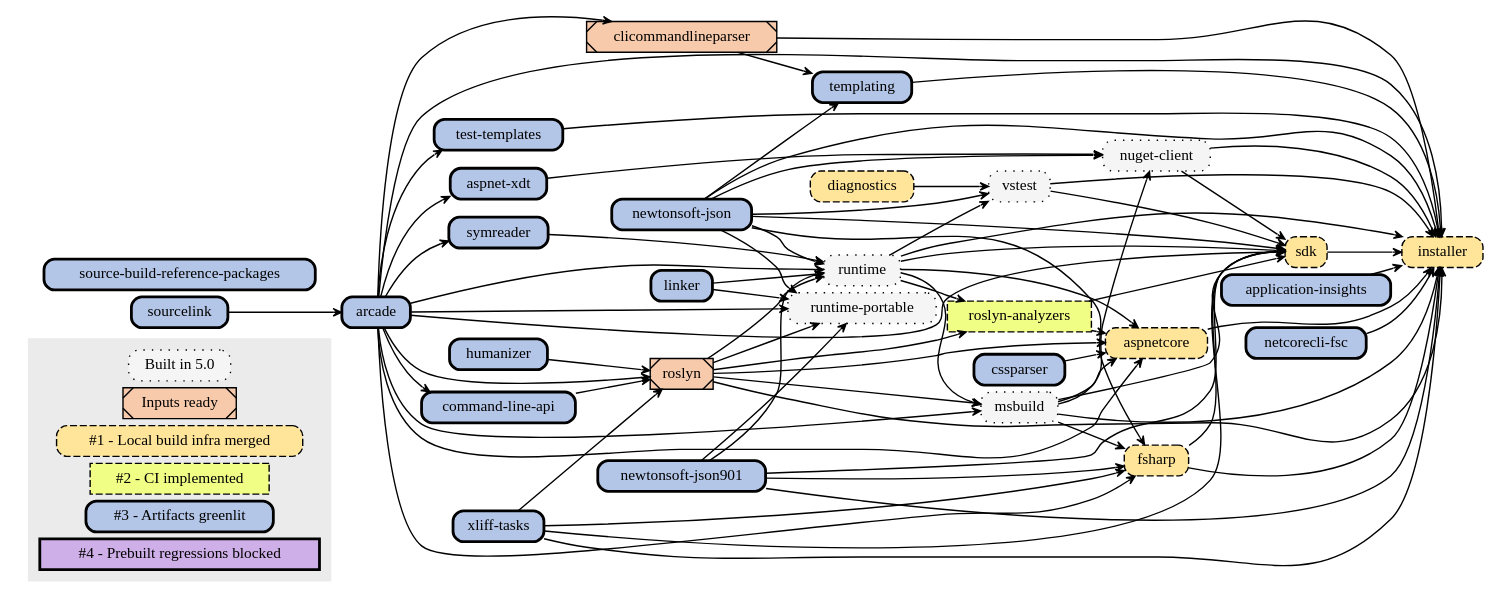
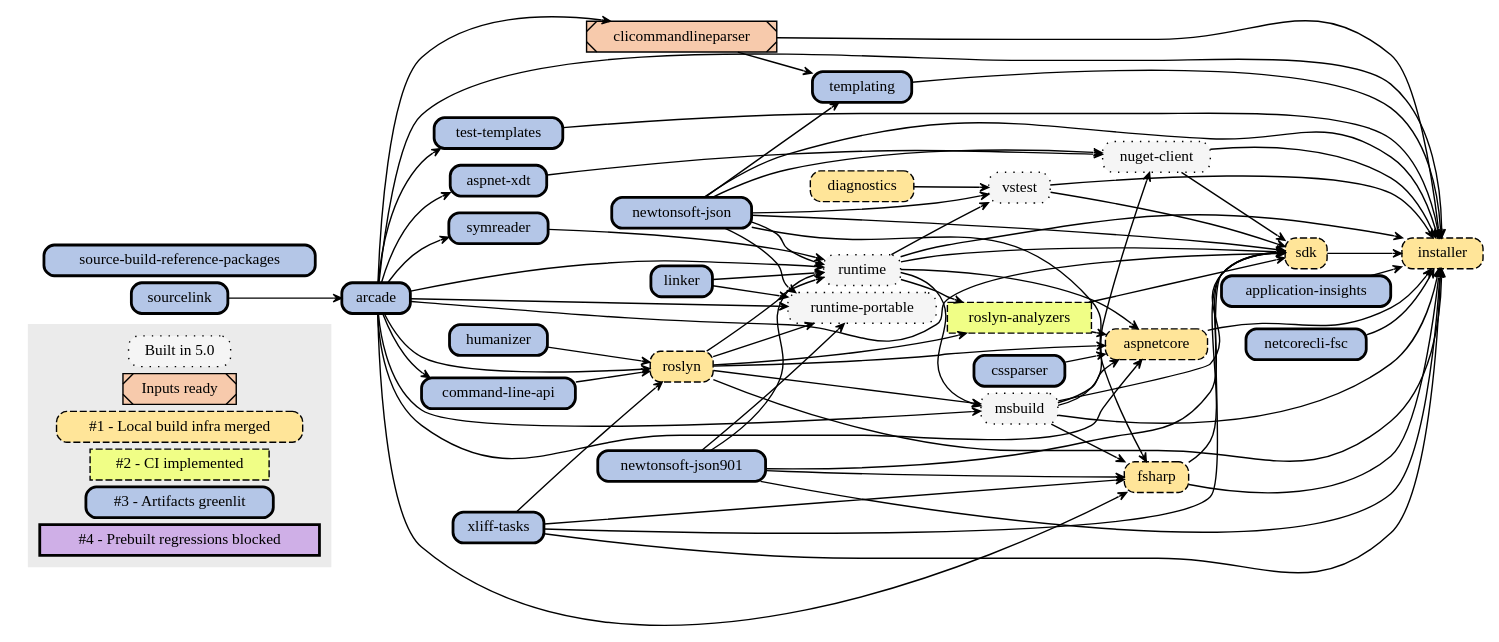
One commit to dotnet/source-build changed the diagram in Documentation/planning/arcade-powered-source-build/img/implementation-plan-graph.dot. Above: the diagram before and after it, drawn with Graphviz. The commit also changed other lines of this file, not shown here.

```diff
--- a/Documentation/planning/arcade-powered-source-build/img/implementation-plan-graph.dot
+++ b/Documentation/planning/arcade-powered-source-build/img/implementation-plan-graph.dot
@@ -1,148 +1,148 @@
 // dot.exe implementation-plan-graph.dot -Tsvg -o implementation-plan-graph.svg
 
 digraph {
 node[
   shape=rect
   width=0 height=0 margin=0.07
   style=filled
   fontsize=11]
 edge[
   penwidth=1
   arrowsize=0.6
   arrowhead=vee
   pencolor="#444444"]
 rankdir=LR
 nodesep=0.07
 ranksep=0.08
 
 node [fillcolor="#F5F5F5",style="dotted,filled,rounded",tooltip="Built"]
 "pre0"[label="Built in 5.0"]
 "msbuild"
 "nuget-client"
 "runtime-portable"
 "runtime"
 "vstest"
 
 node [fillcolor="#F7CAAC",style="filled,diagonals",tooltip="Inputs ready"]
 "pre1"[label="Inputs ready"]
-"roslyn"
 "clicommandlineparser"
 
 
 node [fillcolor="#FFE599",style="dashed,filled,rounded",tooltip="1"]
 "s1"[label="#1 - Local build infra merged"]
 "aspnetcore"
 "diagnostics"
 "fsharp"
 "installer"
+"roslyn"
 "sdk"
 
 node [fillcolor="#F0FE86",style="dashed,filled",tooltip="2"]
 "s2"[label="#2 - CI implemented"]
 "roslyn-analyzers"
 
 node [fillcolor="#B4C6E7",style="bold,filled,rounded",tooltip="3"]
 "s3"[label="#3 - Artifacts greenlit"]
 "application-insights"
 "arcade"
 "aspnet-xdt"
 "command-line-api"
 "cssparser"
 "humanizer"
 "linker"
 "netcorecli-fsc"
 "newtonsoft-json"
 "newtonsoft-json901"
 "source-build-reference-packages"
 "sourcelink"
 "symreader"
 "templating"
 "test-templates"
 "xliff-tasks"
 
 node [fillcolor="#CFAFE7",style="bold,filled",tooltip="4"]
 "s4"[label="#4 - Prebuilt regressions blocked"]
 
 // Color all future nodes red. All nodes should be accounted for: red means they need a category.
 node [fillcolor="#FF0000",style=filled]
 
 subgraph clusterLegend {
   style=filled
   color="#ebebeb"
   "pre0" "pre1" "s1" "s2" "s3" "s4"
 }
 
 // Remaining text created by generate-graphviz.proj based on repos/*.proj:
 "sourcelink" -> "arcade"
 "arcade" -> "aspnet-xdt"
 "arcade" -> "aspnetcore"
 "cssparser" -> "aspnetcore"
 "runtime" -> "aspnetcore"
 "msbuild" -> "aspnetcore"
 "roslyn" -> "aspnetcore"
 "roslyn-analyzers" -> "aspnetcore"
 "arcade" -> "clicommandlineparser"
 "arcade" -> "command-line-api"
 "arcade" -> "fsharp"
 "msbuild" -> "fsharp"
 "newtonsoft-json901" -> "fsharp"
 "newtonsoft-json" -> "fsharp"
 "xliff-tasks" -> "fsharp"
 "application-insights" -> "installer"
 "arcade" -> "installer"
 "aspnetcore" -> "installer"
 "clicommandlineparser" -> "installer"
 "fsharp" -> "installer"
 "msbuild" -> "installer"
 "netcorecli-fsc" -> "installer"
 "newtonsoft-json" -> "installer"
 "newtonsoft-json901" -> "installer"
 "nuget-client" -> "installer"
 "roslyn" -> "installer"
 "runtime" -> "installer"
 "sdk" -> "installer"
 "templating" -> "installer"
 "test-templates" -> "installer"
 "vstest" -> "installer"
 "xliff-tasks" -> "installer"
 "arcade" -> "msbuild"
 "runtime" -> "msbuild"
 "roslyn" -> "msbuild"
 "newtonsoft-json" -> "nuget-client"
 "msbuild" -> "nuget-client"
 "aspnet-xdt" -> "nuget-client"
 "runtime" -> "roslyn-analyzers"
 "roslyn" -> "roslyn-analyzers"
 "arcade" -> "roslyn"
 "command-line-api" -> "roslyn"
 "humanizer" -> "roslyn"
 "xliff-tasks" -> "roslyn"
 "arcade" -> "runtime-portable"
 "linker" -> "runtime-portable"
 "newtonsoft-json" -> "runtime-portable"
 "newtonsoft-json901" -> "runtime-portable"
 "roslyn" -> "runtime-portable"
 "arcade" -> "runtime"
 "symreader" -> "runtime"
 "linker" -> "runtime"
 "newtonsoft-json" -> "runtime"
 "newtonsoft-json901" -> "runtime"
 "roslyn" -> "runtime"
 "arcade" -> "sdk"
 "xliff-tasks" -> "sdk"
 "runtime" -> "sdk"
 "msbuild" -> "sdk"
 "newtonsoft-json" -> "sdk"
 "newtonsoft-json901" -> "sdk"
 "nuget-client" -> "sdk"
 "roslyn-analyzers" -> "sdk"
 "vstest" -> "sdk"
 "fsharp" -> "sdk"
 "arcade" -> "symreader"
 "clicommandlineparser" -> "templating"
 "newtonsoft-json" -> "templating"
 "arcade" -> "test-templates"
 "diagnostics" -> "vstest"
 "runtime" -> "vstest"
 "newtonsoft-json" -> "vstest"
 }
```
